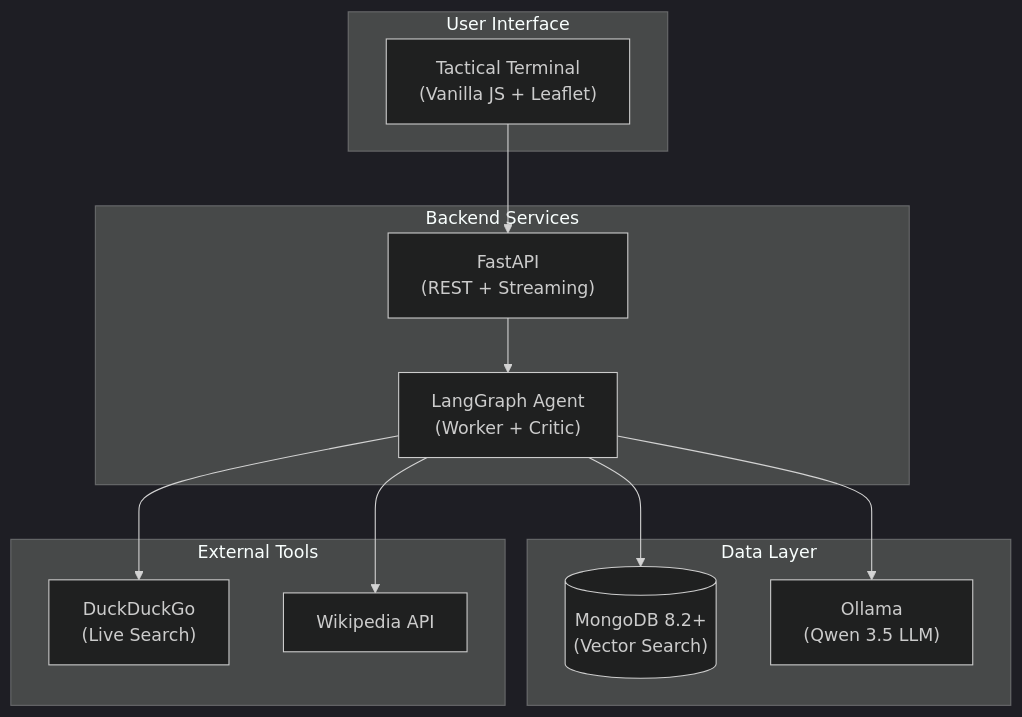
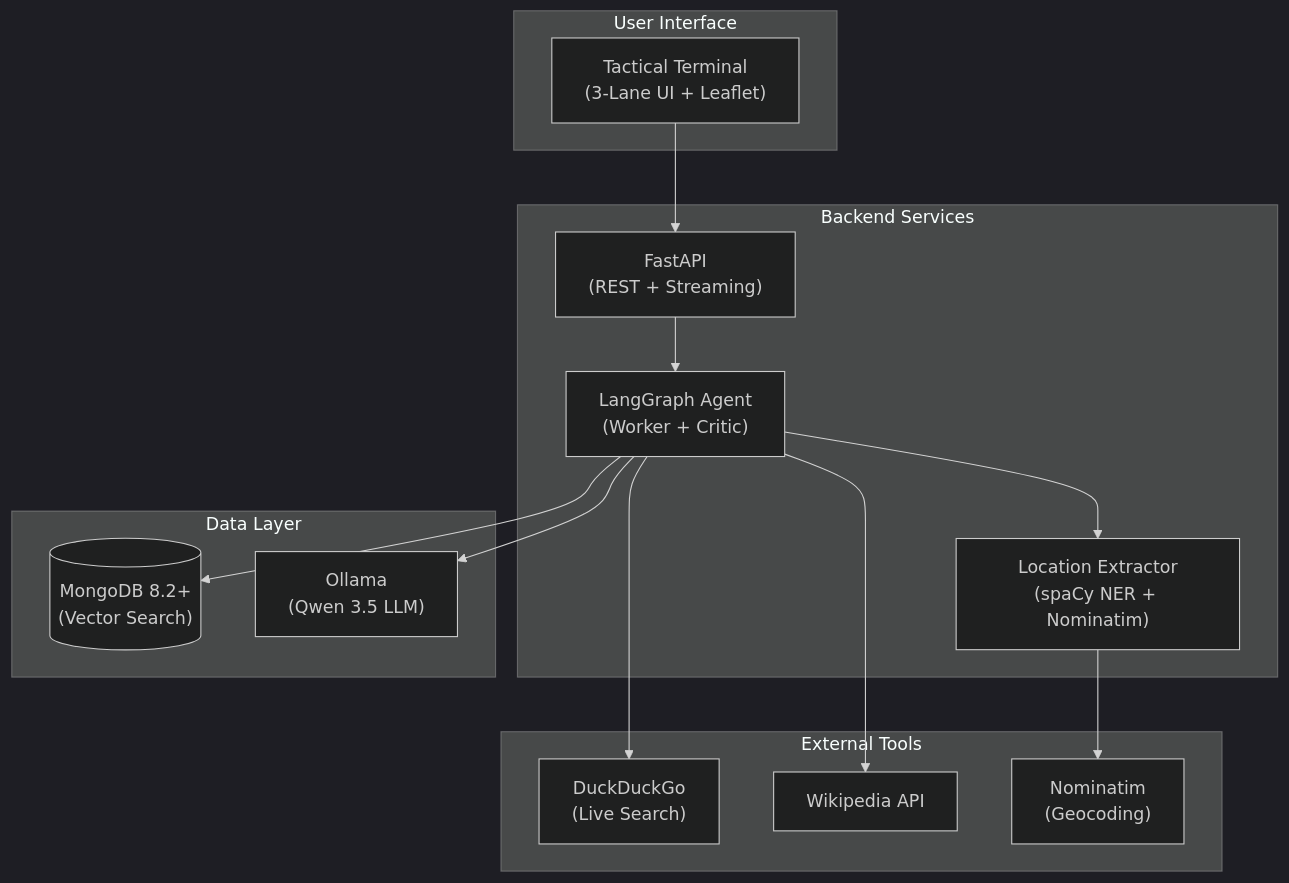
Before and after one commit to fbaierl/geo-vision-lab: the diagram in README.md, drawn with Mermaid. The commit also changed other lines of this file and 8 other files, not shown here.

````diff
--- a/README.md
+++ b/README.md
@@ -38,29 +39,33 @@
 ```mermaid
 %%{init: {'theme': 'dark'}}%%
 graph TB
     subgraph User["User Interface"]
-        UI["Tactical Terminal<br/>(Vanilla JS + Leaflet)"]
+        UI["Tactical Terminal<br/>(3-Lane UI + Leaflet)"]
     end
 
     subgraph Backend["Backend Services"]
         API["FastAPI<br/>(REST + Streaming)"]
         AGENT["LangGraph Agent<br/>(Worker + Critic)"]
+        LOC["Location Extractor<br/>(spaCy NER + Nominatim)"]
     end
 
     subgraph Data["Data Layer"]
         MDB[("MongoDB 8.2+<br/>(Vector Search)")]
         OL["Ollama<br/>(Qwen 3.5 LLM)"]
     end
 
     subgraph Tools["External Tools"]
         WEB["DuckDuckGo<br/>(Live Search)"]
         WIKI["Wikipedia API"]
+        NOM["Nominatim<br/>(Geocoding)"]
     end
 
     UI --> API
     API --> AGENT
     AGENT --> MDB
     AGENT --> OL
     AGENT --> WEB
     AGENT --> WIKI
+    AGENT --> LOC
+    LOC --> NOM
 ```
````
